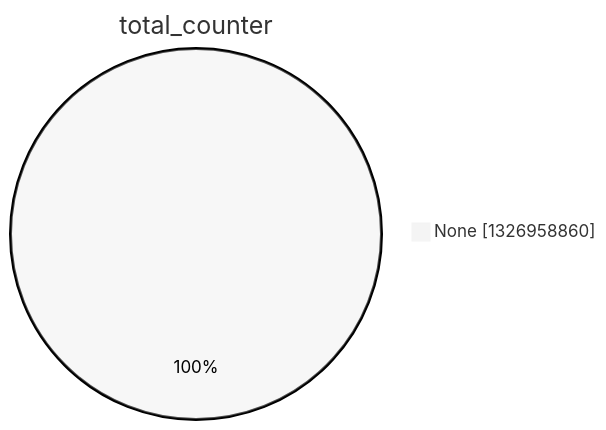
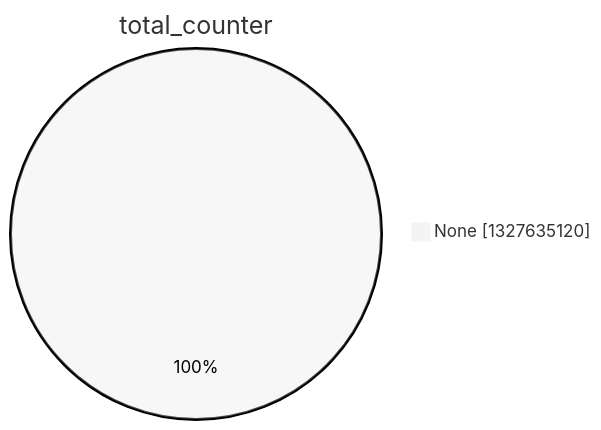
Before and after one commit to christiankrug/ctmonitor_visualization: the second of 15 diagrams in argon2022/README.md, drawn with Mermaid (neutral theme). The commit also changed other lines of this file, not shown here.

````diff
--- a/argon2022/README.md
+++ b/argon2022/README.md
@@ -9,5 +9,5 @@
 ```mermaid
 pie showData
 title total_counter
-"None" :1326958860
+"None" :1327635120
 ```
````
